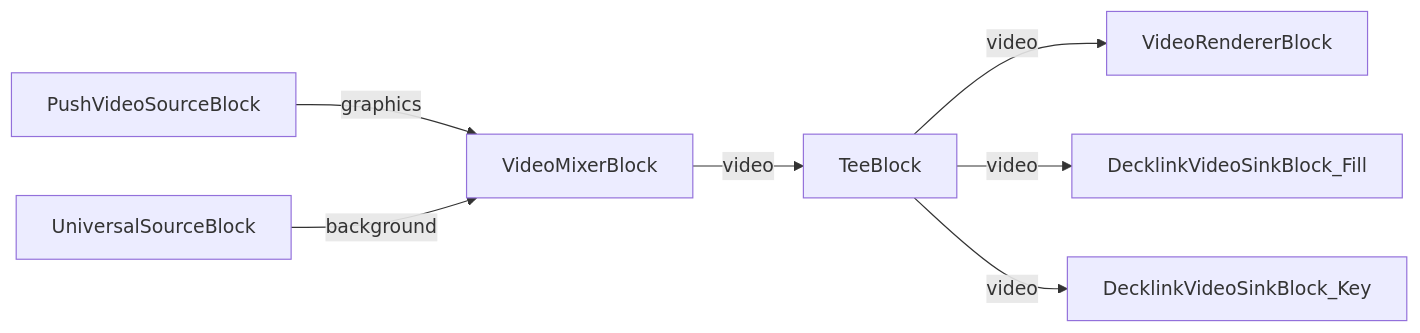
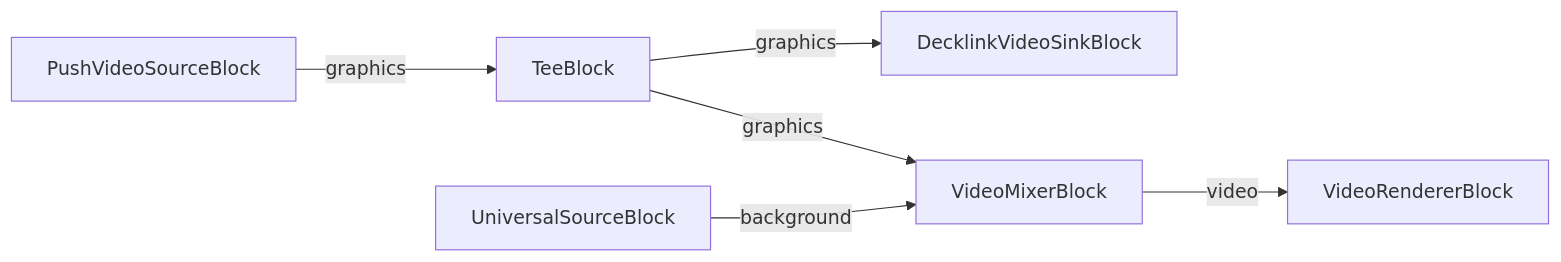
Before and after one commit to visioforge/.Net-SDK-s-samples: the diagram in Media Blocks SDK/WPF/CSharp/Decklink Fill-Key Demo/README.md, drawn with Mermaid. The commit also changed other lines of this file and 2013 other files, not shown here.

````diff
--- a/Media Blocks SDK/WPF/CSharp/Decklink Fill-Key Demo/README.md
+++ b/Media Blocks SDK/WPF/CSharp/Decklink Fill-Key Demo/README.md
@@ -16,9 +16,8 @@
 ```mermaid
 graph LR
-    PushVideoSourceBlock -- graphics --> VideoMixerBlock
+    PushVideoSourceBlock -- graphics --> TeeBlock
+    TeeBlock -- graphics --> DecklinkVideoSinkBlock
+    TeeBlock -- graphics --> VideoMixerBlock
     UniversalSourceBlock -- background --> VideoMixerBlock
-    VideoMixerBlock -- video --> TeeBlock
-    TeeBlock -- video --> VideoRendererBlock
-    TeeBlock -- video --> DecklinkVideoSinkBlock_Fill
-    TeeBlock -- video --> DecklinkVideoSinkBlock_Key
+    VideoMixerBlock -- video --> VideoRendererBlock
 ```
````
